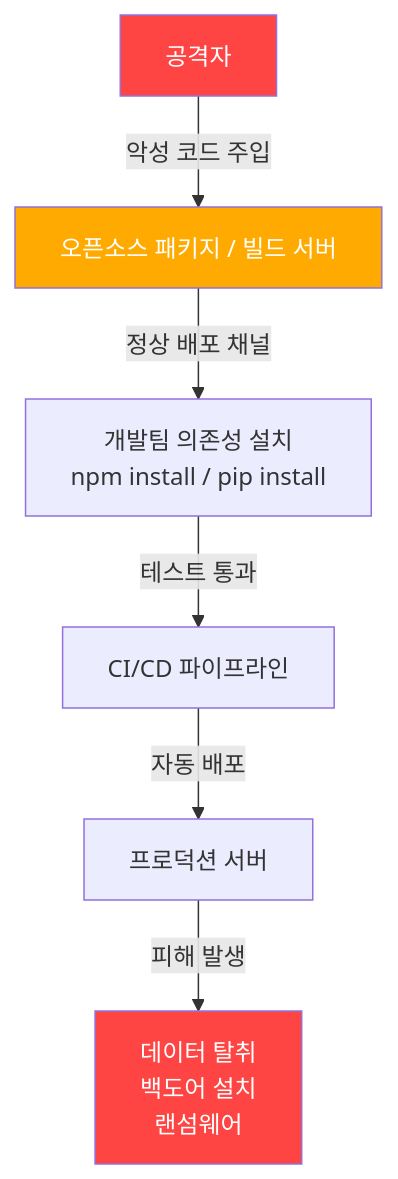
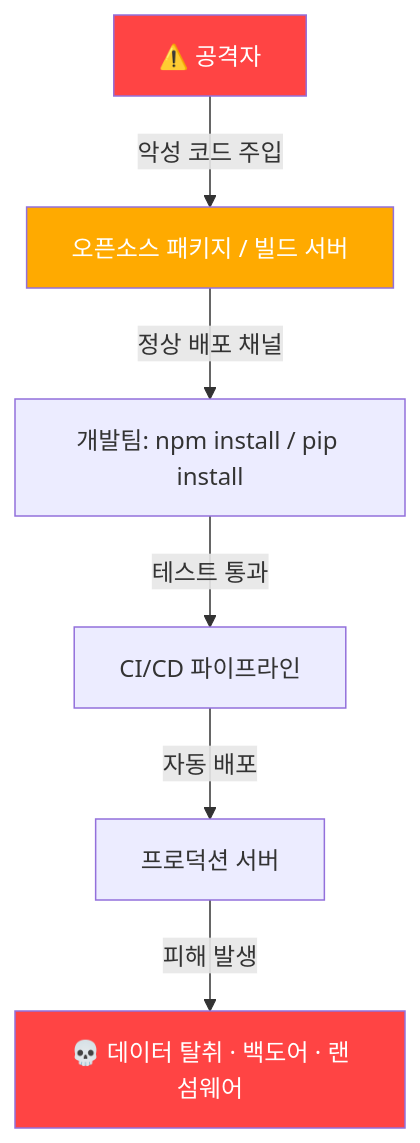
Before and after one commit to leekh8/leekh8.github.io: the second of 4 diagrams in contents/posts/Security/owasp-top10-2025/index.md, drawn with Mermaid. The commit also changed other lines of this file, not shown here.

First line of the commit message:
fix: OWASP Top 10:2025 mermaid 가독성 개선

````diff
--- a/contents/posts/Security/owasp-top10-2025/index.md
+++ b/contents/posts/Security/owasp-top10-2025/index.md
@@ -293,12 +293,12 @@
 ```mermaid
 flowchart TD
-    A["공격자"] -->|"악성 코드 주입"| B["오픈소스 패키지 / 빌드 서버"]
-    B -->|"정상 배포 채널"| C["개발팀 의존성 설치\nnpm install / pip install"]
+    A["⚠️ 공격자"] -->|"악성 코드 주입"| B["오픈소스 패키지 / 빌드 서버"]
+    B -->|"정상 배포 채널"| C["개발팀: npm install / pip install"]
     C -->|"테스트 통과"| D["CI/CD 파이프라인"]
     D -->|"자동 배포"| E["프로덕션 서버"]
-    E -->|"피해 발생"| F["데이터 탈취\n백도어 설치\n랜섬웨어"]
+    E -->|"피해 발생"| F["💀 데이터 탈취 · 백도어 · 랜섬웨어"]
 
     style A fill:#ff4444,color:#fff
     style F fill:#ff4444,color:#fff
     style B fill:#ffaa00,color:#fff
 ```
````
